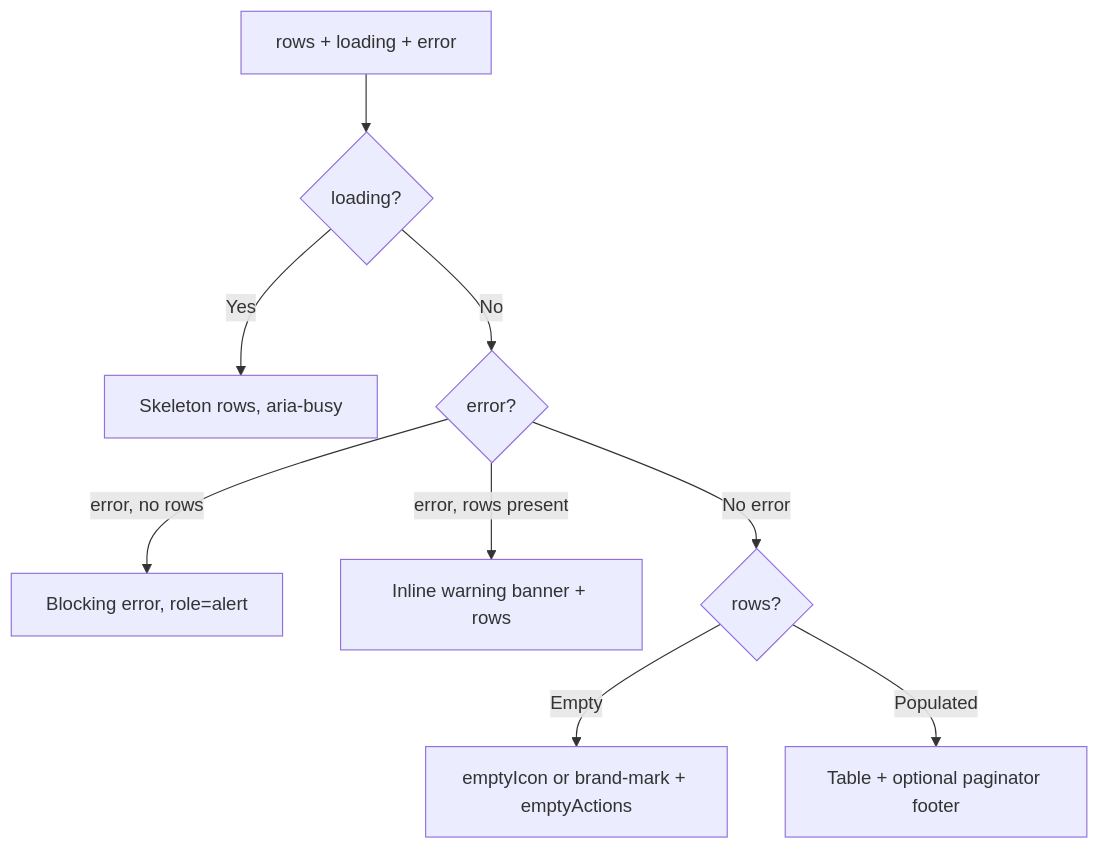
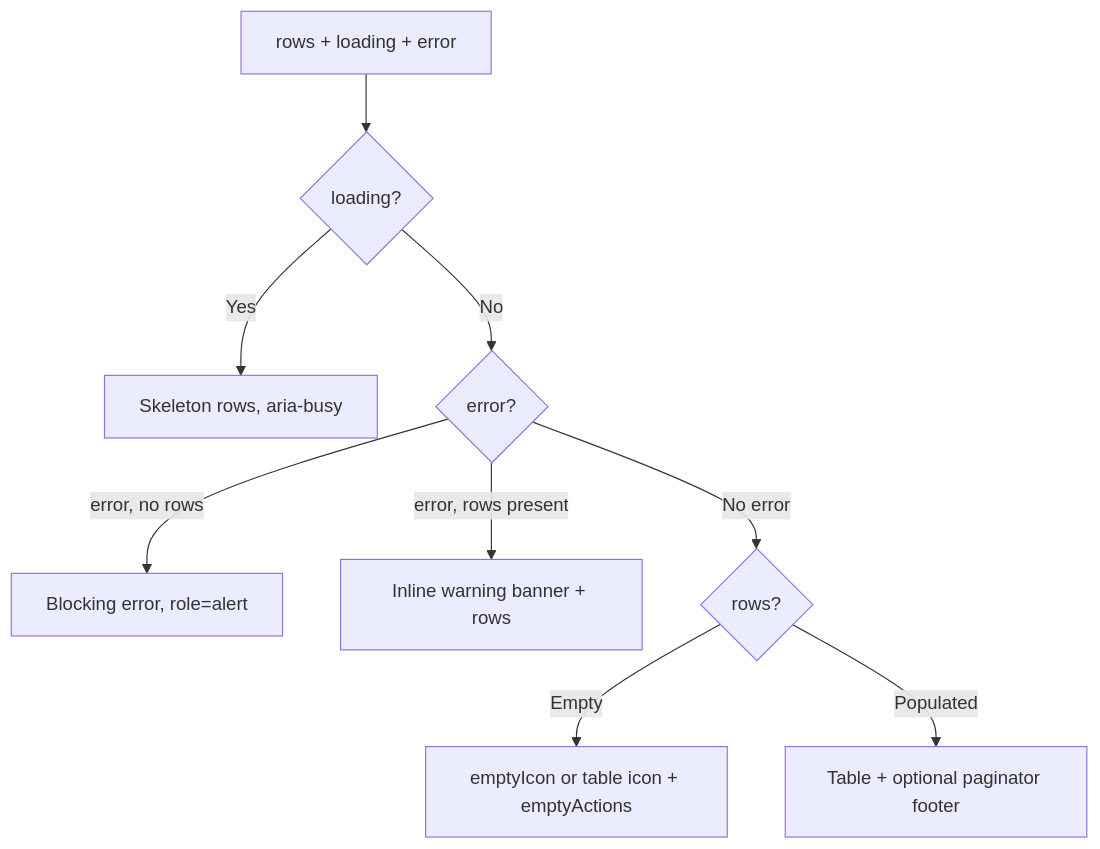
Before and after one commit to johnakisk0700/slopform: the diagram in docs/frontend/components/jts-data-table.md, drawn with Mermaid. The commit also changed other lines of this file and 61 other files, not shown here.

````diff
--- a/docs/frontend/components/jts-data-table.md
+++ b/docs/frontend/components/jts-data-table.md
@@ -56,11 +56,11 @@
 ```mermaid
 flowchart TD
   In["rows + loading + error"] --> L{"loading?"}
   L -->|Yes| Skel["Skeleton rows, aria-busy"]
   L -->|No| E{"error?"}
   E -->|"error, no rows"| Full["Blocking error, role=alert"]
   E -->|"error, rows present"| Warn["Inline warning banner + rows"]
   E -->|No error| R{"rows?"}
-  R -->|Empty| Empty["emptyIcon or brand-mark + emptyActions"]
+  R -->|Empty| Empty["emptyIcon or table icon + emptyActions"]
   R -->|Populated| Table["Table + optional paginator footer"]
 ```
````
